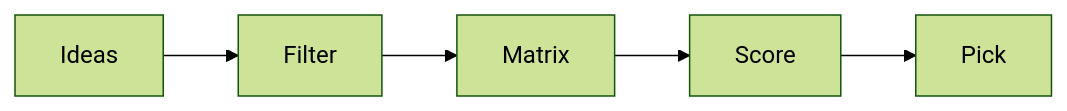
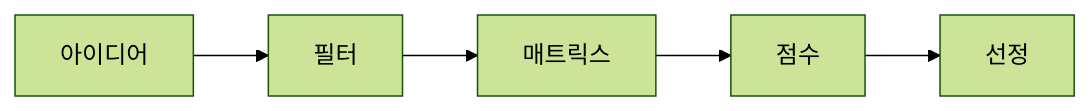
The diagram in content/capstone-project-101/ko/02-choosing-a-topic.md (yeongseon-books/book-content), drawn with Mermaid (forest theme) before and after one commit. The commit also changed other lines of this file and 3 other files, not shown here.

````diff
--- a/content/capstone-project-101/ko/02-choosing-a-topic.md
+++ b/content/capstone-project-101/ko/02-choosing-a-topic.md
@@ -33,7 +49,7 @@
 ```mermaid
 flowchart LR
-    I[Ideas] --> F[Filter]
-    F --> M[Matrix]
-    M --> S[Score]
-    S --> P[Pick]
+    I[아이디어] --> F[필터]
+    F --> M[매트릭스]
+    M --> S[점수]
+    S --> P[선정]
 ```
````
